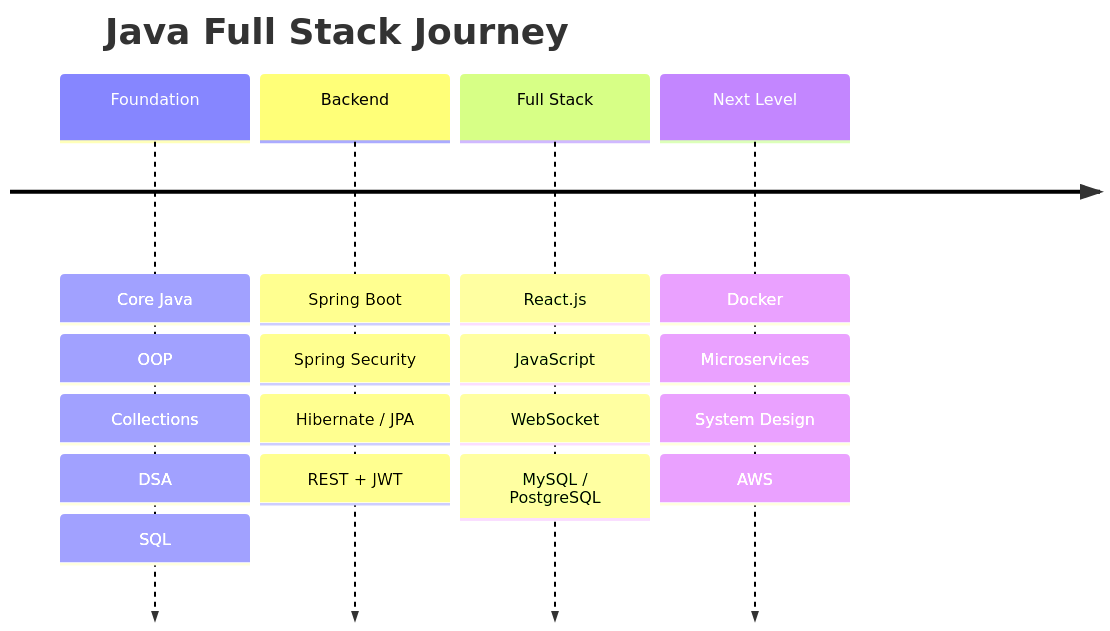
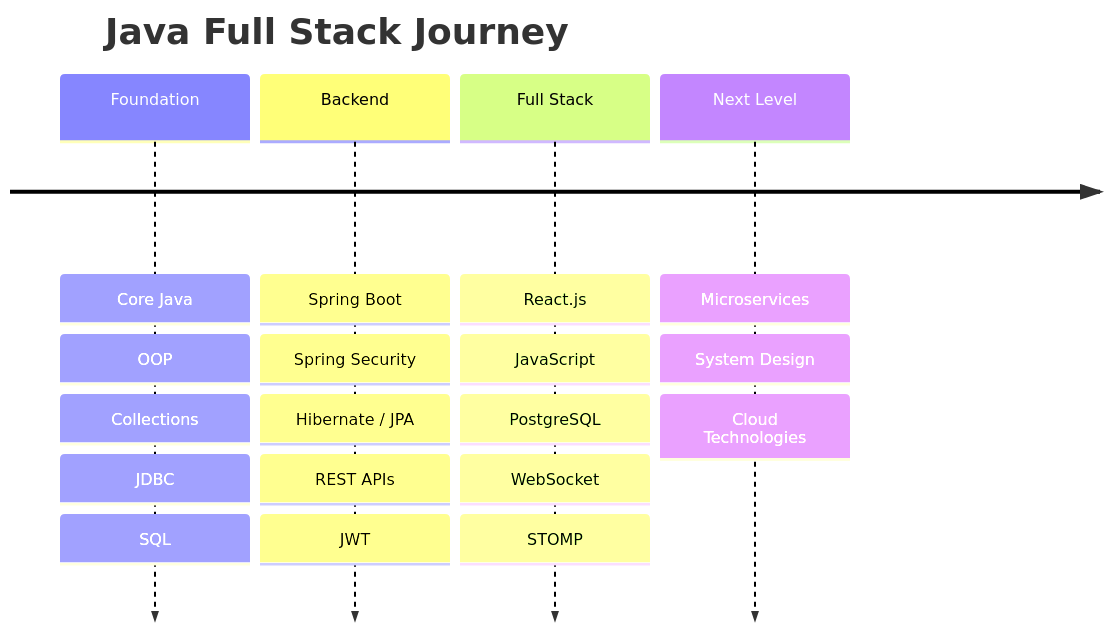
Before and after one commit to KaranC-DEV/KaranC-DEV: the diagram in README.md, drawn with Mermaid. The commit also changed other lines of this file, not shown here.

````diff
--- a/README.md
+++ b/README.md
@@ -193,8 +276,8 @@
 ```mermaid
 timeline
     title Java Full Stack Journey
-    Foundation  : Core Java : OOP : Collections : DSA : SQL
-    Backend     : Spring Boot : Spring Security : Hibernate / JPA : REST + JWT
-    Full Stack  : React.js : JavaScript : WebSocket : MySQL / PostgreSQL
-    Next Level  : Docker : Microservices : System Design : AWS
+    Foundation  : Core Java : OOP : Collections : JDBC : SQL
+    Backend     : Spring Boot : Spring Security : Hibernate / JPA : REST APIs : JWT
+    Full Stack  : React.js : JavaScript : PostgreSQL : WebSocket : STOMP
+    Next Level  : Microservices : System Design : Cloud Technologies
 ```
````
